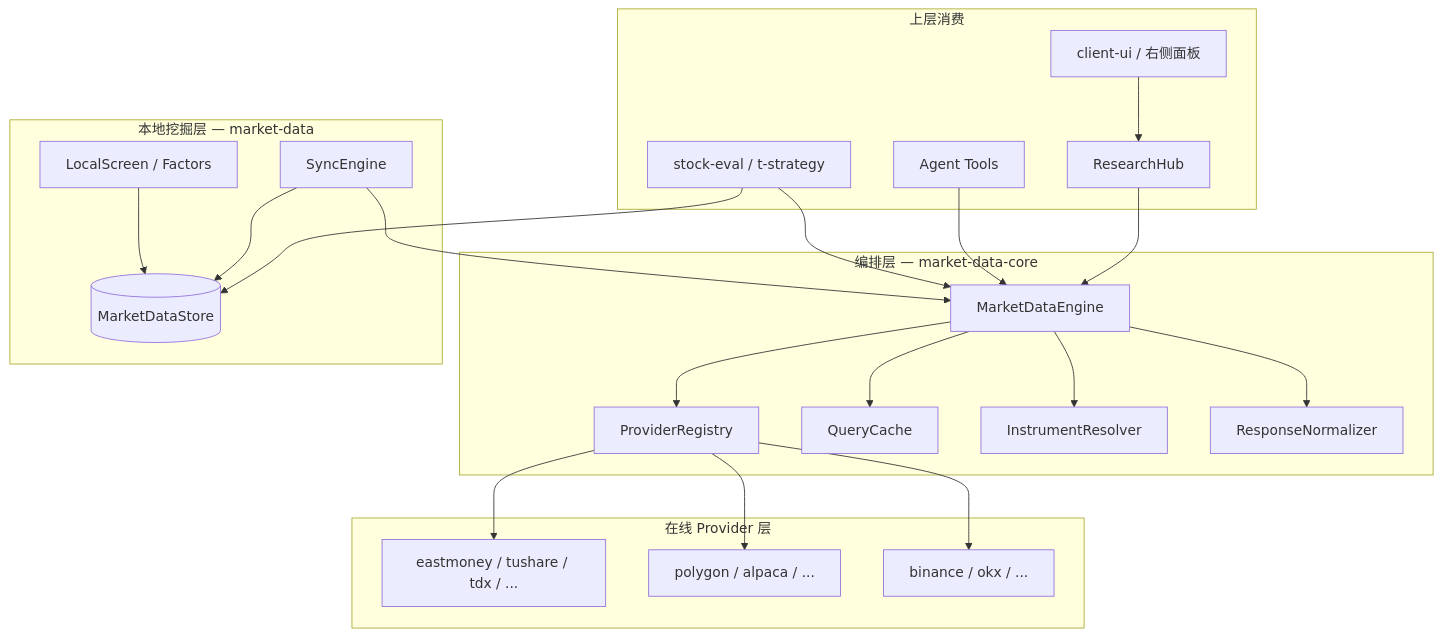
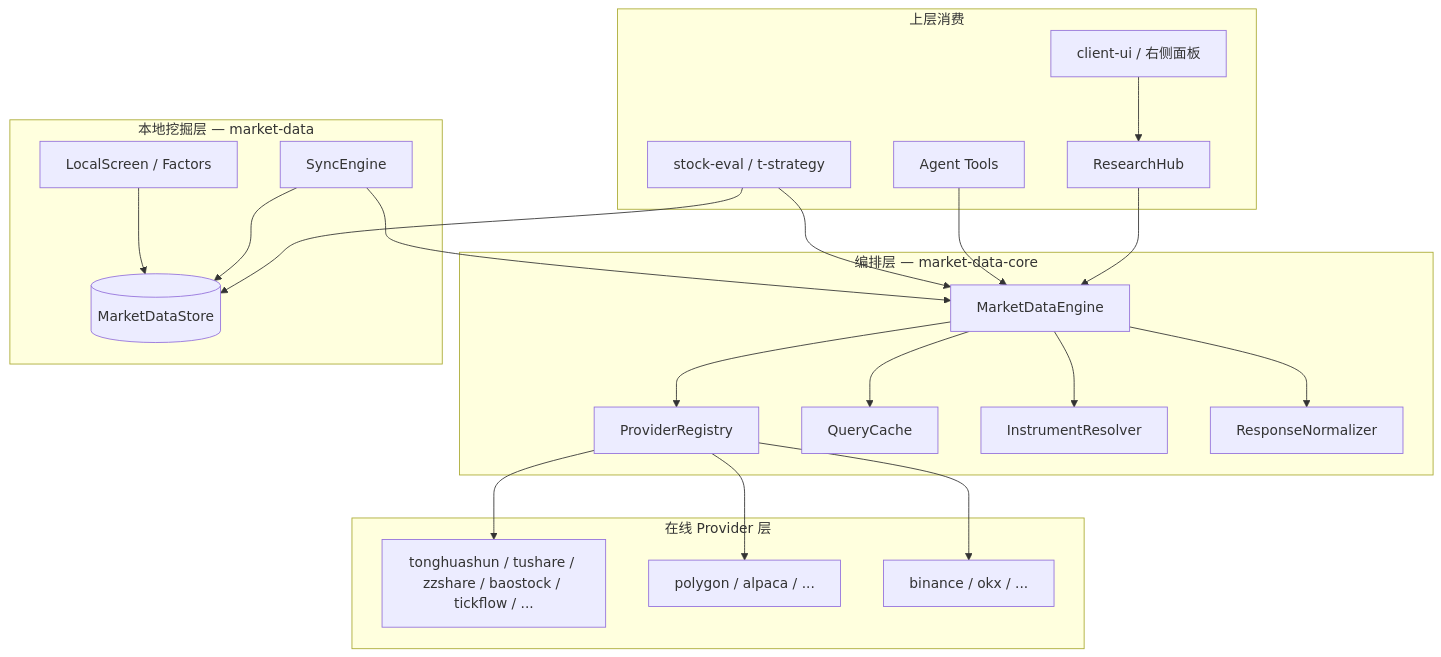
Before and after one commit to Travisun/Opptrix: the second of 5 diagrams in docs/DATA-LAYER.md, drawn with Mermaid. The commit also changed other lines of this file and 47 other files, not shown here.

````diff
--- a/docs/DATA-LAYER.md
+++ b/docs/DATA-LAYER.md
@@ -183,47 +184,47 @@
 ```mermaid
 flowchart TB
   subgraph upper [上层消费]
     Hub[ResearchHub]
     Agent[Agent Tools]
     UI[client-ui / 右侧面板]
     Eval[stock-eval / t-strategy]
   end
 
   subgraph orchestration [编排层 — market-data-core]
     Engine[MarketDataEngine]
     Registry[ProviderRegistry]
     Cache[QueryCache]
     Resolver[InstrumentResolver]
     Norm[ResponseNormalizer]
   end
 
   subgraph online [在线 Provider 层]
-    CN[eastmoney / tushare / tdx / ...]
+    CN[tonghuashun / tushare / zzshare / baostock / tickflow / ...]
     US[polygon / alpaca / ...]
     CR[binance / okx / ...]
   end
 
   subgraph local [本地挖掘层 — market-data]
     Store[(MarketDataStore)]
     Sync[SyncEngine]
     Screen[LocalScreen / Factors]
   end
 
   Hub --> Engine
   Agent --> Engine
   UI --> Hub
   Eval --> Engine
   Eval --> Store
 
   Engine --> Resolver
   Engine --> Registry
   Engine --> Cache
   Engine --> Norm
   Registry --> CN
   Registry --> US
   Registry --> CR
 
   Sync --> Engine
   Sync --> Store
   Screen --> Store
 ```
````
